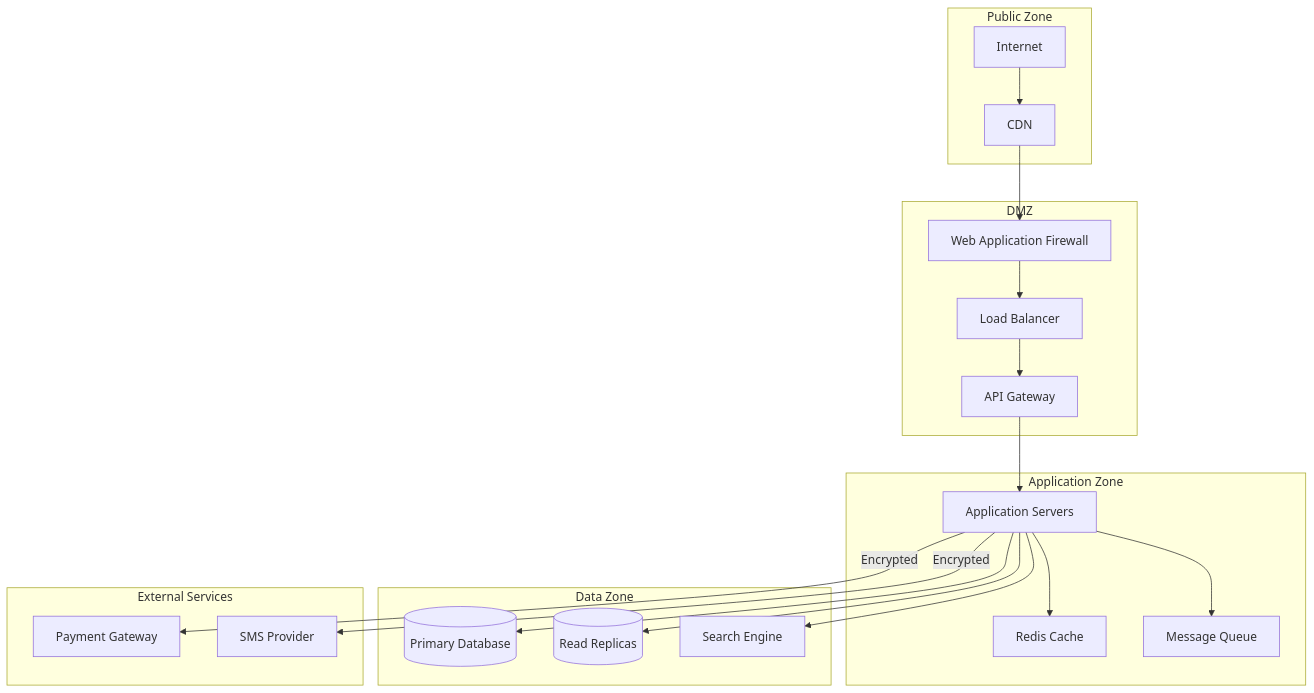
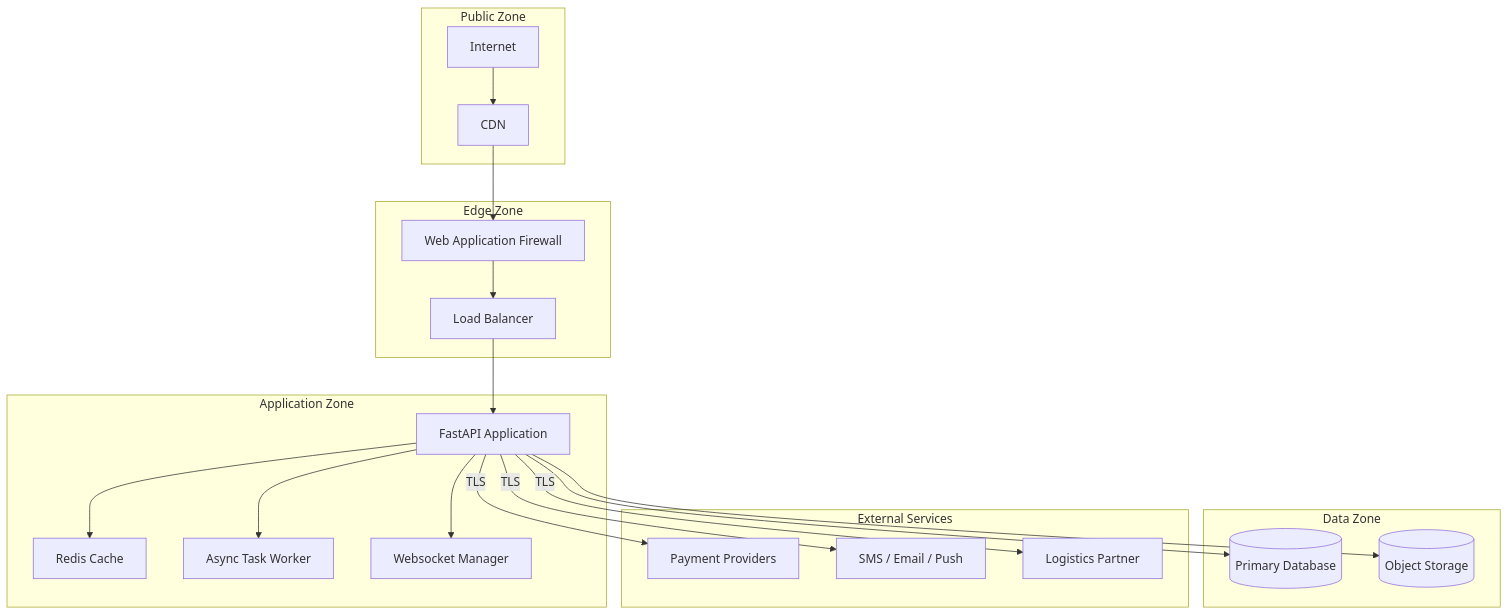
One commit to 0Ankit0/e-commerce changed the third of 3 diagrams in docs/system-design/analysis/system-context-diagram.md. Above: the diagram before and after it, drawn with Mermaid. The commit also changed other lines of this file and 24 other files, not shown here.

````diff
--- a/docs/system-design/analysis/system-context-diagram.md
+++ b/docs/system-design/analysis/system-context-diagram.md
@@ -182,43 +112,43 @@
 ```mermaid
 graph TB
     subgraph "Public Zone"
         Internet[Internet]
         CDN[CDN]
     end
 
-    subgraph "DMZ"
+    subgraph "Edge Zone"
         WAF[Web Application Firewall]
         LB[Load Balancer]
-        API[API Gateway]
     end
 
     subgraph "Application Zone"
-        App[Application Servers]
-        Cache[Redis Cache]
-        Queue[Message Queue]
+        API[FastAPI Application]
+        Redis[Redis Cache]
+        Worker[Async Task Worker]
+        WS[Websocket Manager]
     end
 
     subgraph "Data Zone"
         DB[(Primary Database)]
-        Replica[(Read Replicas)]
-        Search[Search Engine]
+        Storage[(Object Storage)]
     end
 
     subgraph "External Services"
-        PG[Payment Gateway]
-        SMS[SMS Provider]
+        PG[Payment Providers]
+        MSG[SMS / Email / Push]
+        LOG[Logistics Partner]
     end
 
     Internet --> CDN
     CDN --> WAF
     WAF --> LB
     LB --> API
-    API --> App
-    App --> Cache
-    App --> Queue
-    App --> DB
-    App --> Replica
-    App --> Search
-    App -- Encrypted --> PG
-    App -- Encrypted --> SMS
+    API --> Redis
+    API --> Worker
+    API --> WS
+    API --> DB
+    API --> Storage
+    API -- TLS --> PG
+    API -- TLS --> MSG
+    API -- TLS --> LOG
 ```
````
